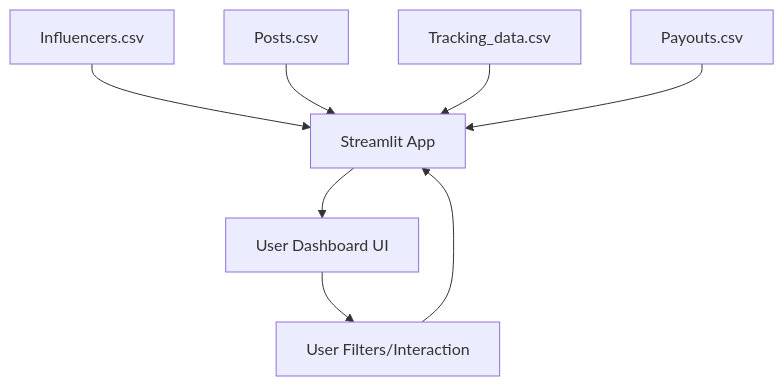
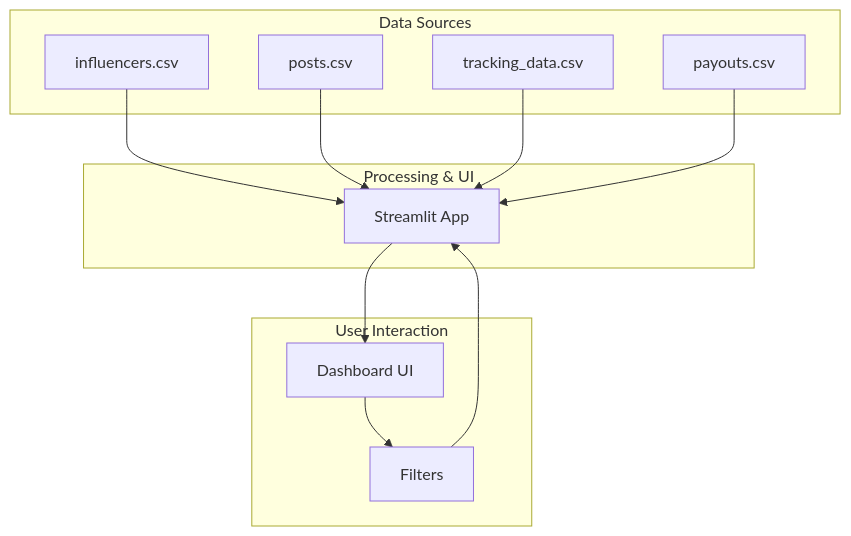
The diagram in README.md (vijayshreepathak/Influencer-Performance-ROAS-Analyzer), drawn with Mermaid before and after one commit. The commit also changed other lines of this file, not shown here.

````diff
--- a/README.md
+++ b/README.md
@@ -41,10 +64,23 @@
 ```mermaid
-flowchart TD
-    A[Influencers.csv] --> D[Streamlit App]
-    B[Posts.csv]      --> D
-    C[Tracking_data.csv] --> D
-    E[Payouts.csv]    --> D
-    D --> F[User Dashboard UI]
-    F --> G[User Filters/Interaction]
+graph TD
+    subgraph Data Sources
+        A[influencers.csv]
+        B[posts.csv]
+        C[tracking_data.csv]
+        E[payouts.csv]
+    end
+
+    subgraph Processing & UI
+        D[Streamlit App]
+    end
+
+    subgraph User Interaction
+        F[Dashboard UI]
+        G[Filters]
+    end
+
+    A & B & C & E --> D
+    D --> F
+    F --> G
     G --> D
 ```
````
